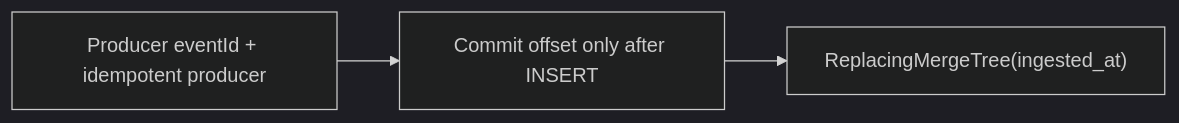
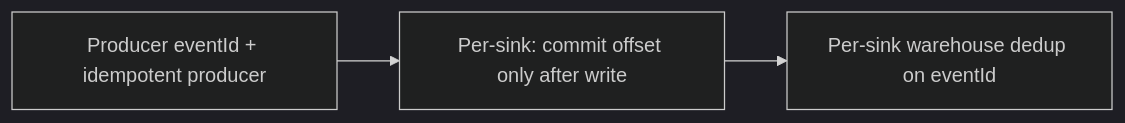
The diagram in docs/scaling.md (AnaSyLabs/AnaSy), drawn with Mermaid (dark theme) before and after one commit. The commit also changed other lines of this file and 8 other files, not shown here.

First line of the commit message:
Refine ANASy documentation and architecture details

````diff
--- a/docs/scaling.md
+++ b/docs/scaling.md
@@ -59,5 +47,5 @@
 ```mermaid
 flowchart LR
-  A[Producer eventId + idempotent producer] --> B[Commit offset only after INSERT]
-  B --> C["ReplacingMergeTree(ingested_at)"]
+  A[Producer eventId + idempotent producer] --> B[Per-sink: commit offset only after write]
+  B --> C[Per-sink warehouse dedup on eventId]
 ```
````
